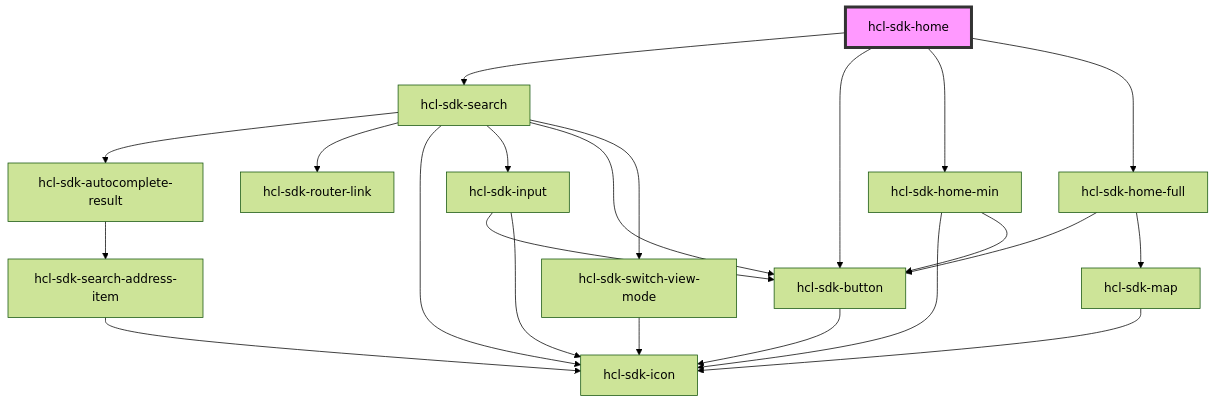
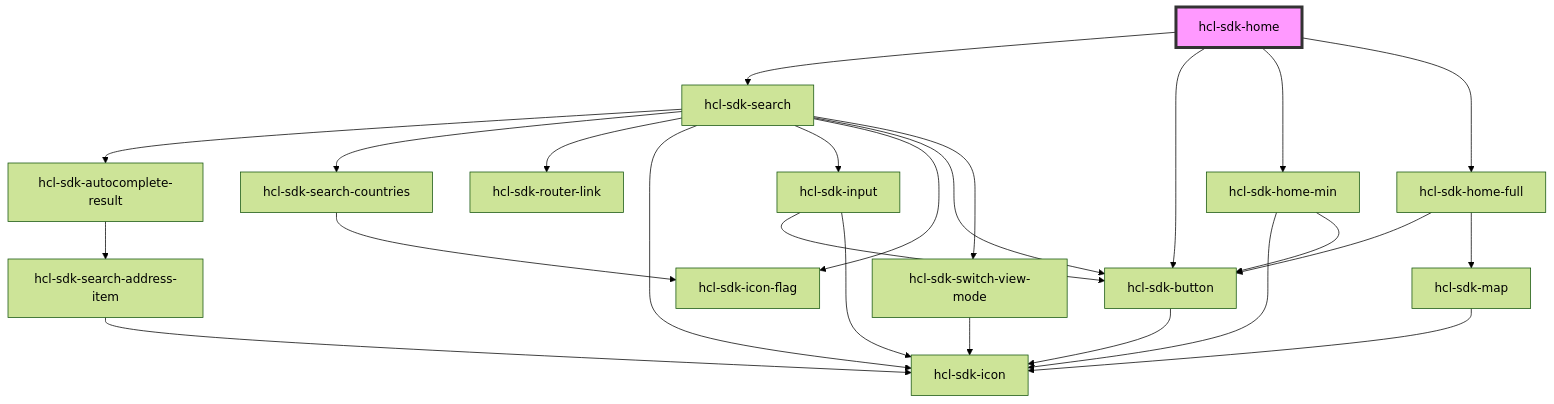
Before and after one commit to hcl-sdk/HealthCareLocatorWebSDK: the diagram in packages/hcl-sdk-web-ui/docs/components/screens/hcl-sdk-home/readme.md, drawn with Mermaid (forest theme). The commit also changed 41 other files, not shown here.

Commit message:
feat(sdk-176): autocomplete the localization field according to the countries from api key

````diff
--- a/packages/hcl-sdk-web-ui/docs/components/screens/hcl-sdk-home/readme.md
+++ b/packages/hcl-sdk-web-ui/docs/components/screens/hcl-sdk-home/readme.md
@@ -18,25 +18,28 @@
 ```mermaid
 graph TD;
   hcl-sdk-home --> hcl-sdk-search
   hcl-sdk-home --> hcl-sdk-button
   hcl-sdk-home --> hcl-sdk-home-min
   hcl-sdk-home --> hcl-sdk-home-full
   hcl-sdk-search --> hcl-sdk-autocomplete-result
+  hcl-sdk-search --> hcl-sdk-search-countries
   hcl-sdk-search --> hcl-sdk-router-link
   hcl-sdk-search --> hcl-sdk-icon
   hcl-sdk-search --> hcl-sdk-input
+  hcl-sdk-search --> hcl-sdk-icon-flag
   hcl-sdk-search --> hcl-sdk-button
   hcl-sdk-search --> hcl-sdk-switch-view-mode
   hcl-sdk-autocomplete-result --> hcl-sdk-search-address-item
   hcl-sdk-search-address-item --> hcl-sdk-icon
+  hcl-sdk-search-countries --> hcl-sdk-icon-flag
   hcl-sdk-input --> hcl-sdk-button
   hcl-sdk-input --> hcl-sdk-icon
   hcl-sdk-button --> hcl-sdk-icon
   hcl-sdk-switch-view-mode --> hcl-sdk-icon
   hcl-sdk-home-min --> hcl-sdk-icon
   hcl-sdk-home-min --> hcl-sdk-button
   hcl-sdk-home-full --> hcl-sdk-button
   hcl-sdk-home-full --> hcl-sdk-map
   hcl-sdk-map --> hcl-sdk-icon
   style hcl-sdk-home fill:#f9f,stroke:#333,stroke-width:4px
 ```
````
